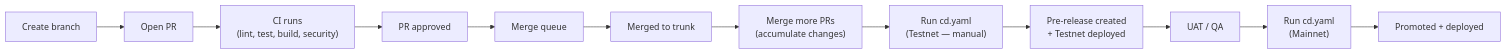
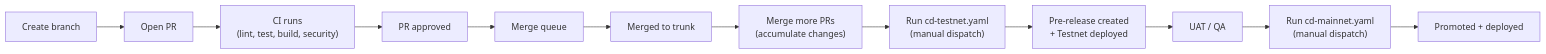
The second of 3 diagrams in docs/ci-cd.md (irken-empire/ic-siwa), drawn with Mermaid before and after one commit. The commit also changed other lines of this file and 10 other files, not shown here.

````diff
--- a/docs/ci-cd.md
+++ b/docs/ci-cd.md
@@ -26,14 +31,14 @@
 ```mermaid
 graph LR
     A["Create branch"] --> B["Open PR"]
-    B --> C["CI runs<br/>(lint, test, build, security)"]
+    B --> C["CI runs\n(lint, test, build, security)"]
     C --> D["PR approved"]
     D --> E["Merge queue"]
     E --> F["Merged to trunk"]
-    F --> G["Merge more PRs<br/>(accumulate changes)"]
-    G --> H["Run cd.yaml<br/>(Testnet — manual)"]
-    H --> I["Pre-release created<br/>+ Testnet deployed"]
+    F --> G["Merge more PRs\n(accumulate changes)"]
+    G --> H["Run cd-testnet.yaml\n(manual dispatch)"]
+    H --> I["Pre-release created\n+ Testnet deployed"]
     I --> J["UAT / QA"]
-    J --> K["Run cd.yaml<br/>(Mainnet)"]
+    J --> K["Run cd-mainnet.yaml\n(manual dispatch)"]
     K --> L["Promoted + deployed"]
 ```
````
